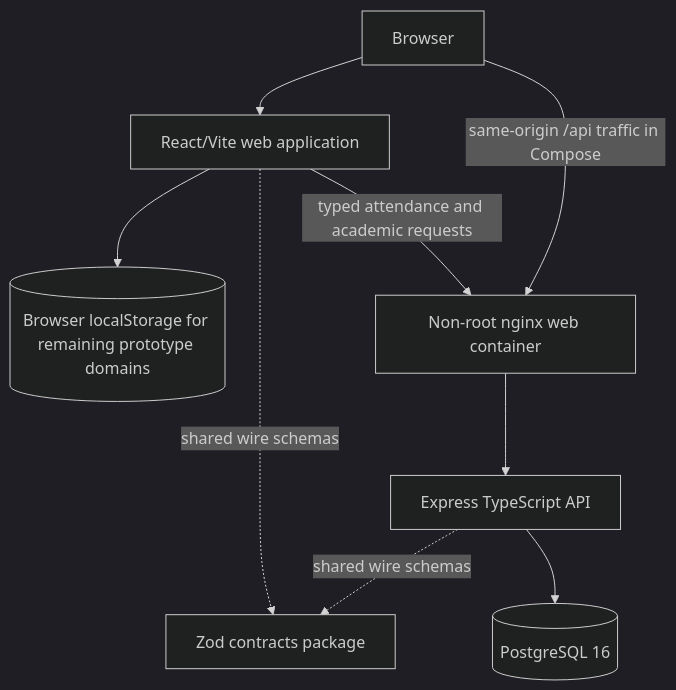
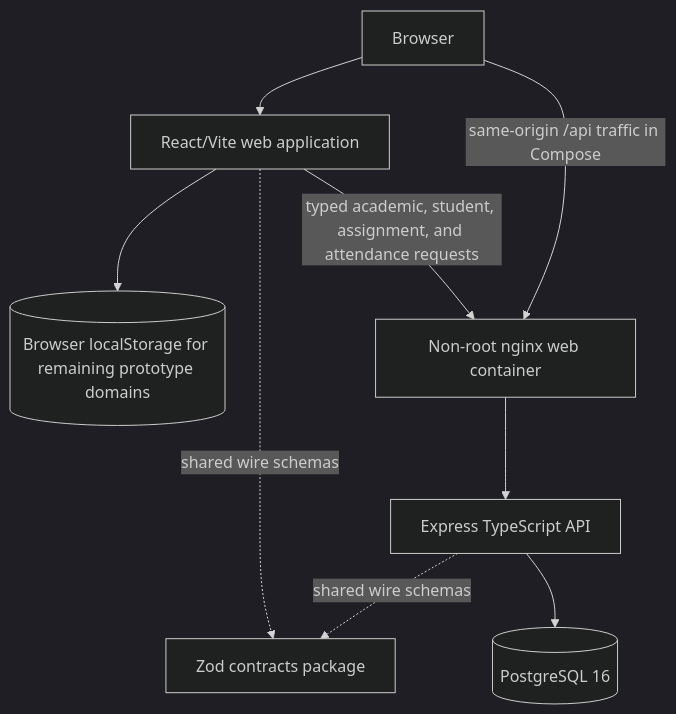
One commit to MWS-MAD-Labs/MWS-Learnspace changed the diagram in README.md. Above: the diagram before and after it, drawn with Mermaid (dark theme). The commit also changed other lines of this file and 23 other files, not shown here.

````diff
--- a/README.md
+++ b/README.md
@@ -29,11 +31,11 @@
 ```mermaid
 flowchart TB
     Browser[Browser] --> Web[React/Vite web application]
     Web --> LocalStorage[(Browser localStorage for remaining prototype domains)]
-    Web -->|typed attendance and academic requests| Proxy
+    Web -->|typed academic, student, assignment, and attendance requests| Proxy
     Browser -->|same-origin /api traffic in Compose| Proxy[Non-root nginx web container]
     Proxy --> API[Express TypeScript API]
     API --> DB[(PostgreSQL 16)]
     Web -. shared wire schemas .-> Contracts[Zod contracts package]
     API -. shared wire schemas .-> Contracts
 ```
````
